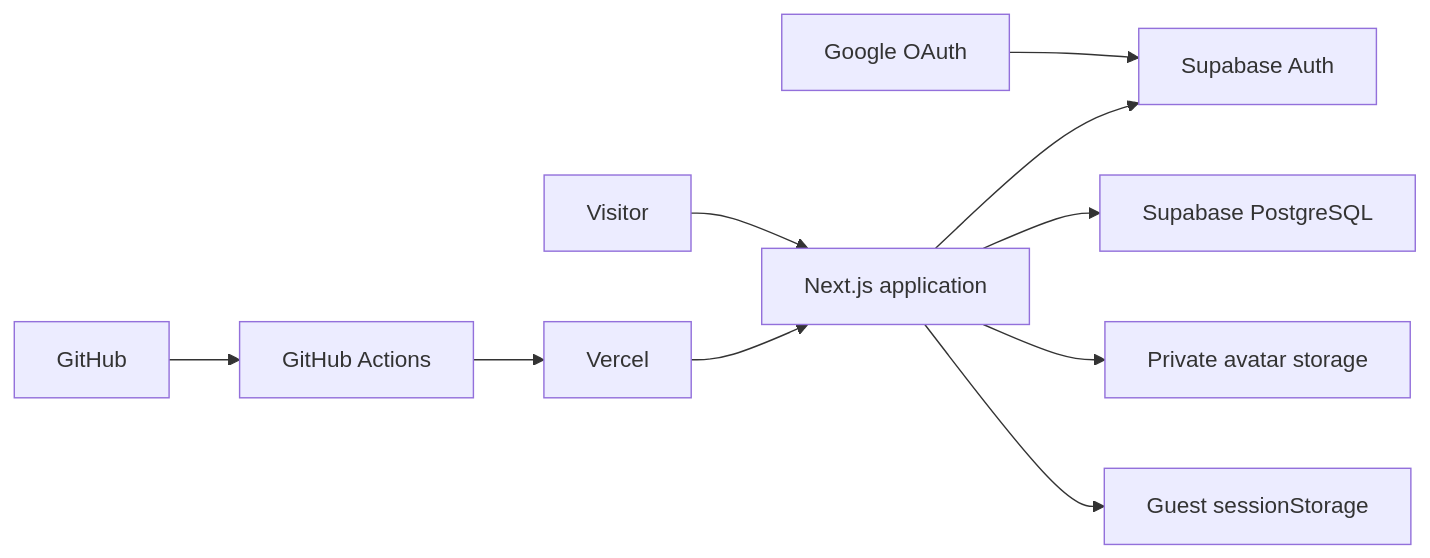
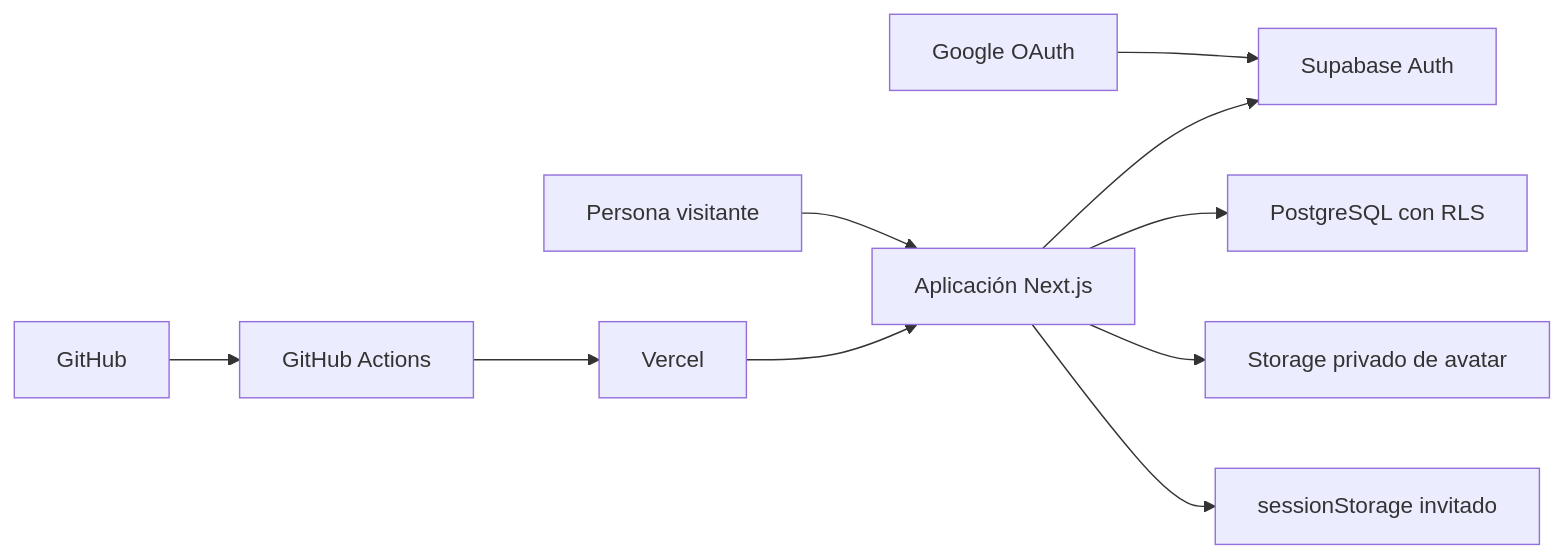
The first of 9 diagrams in docs/TECHNICAL-CASE-STUDY.md (antoniojesusdelgado/management-platform-demo), drawn with Mermaid before and after one commit. The commit also changed other lines of this file and 34 other files, not shown here.

````diff
--- a/docs/TECHNICAL-CASE-STUDY.md
+++ b/docs/TECHNICAL-CASE-STUDY.md
@@ -42,12 +53,12 @@
 ```mermaid
 flowchart LR
-  visitor["Visitor"] --> web["Next.js application"]
+  visitor["Persona visitante"] --> web["Aplicación Next.js"]
   google["Google OAuth"] --> auth["Supabase Auth"]
   web --> auth
-  web --> db["Supabase PostgreSQL"]
-  web --> storage["Private avatar storage"]
-  web --> session["Guest sessionStorage"]
+  web --> db["PostgreSQL con RLS"]
+  web --> storage["Storage privado de avatar"]
+  web --> session["sessionStorage invitado"]
   github["GitHub"] --> ci["GitHub Actions"]
   ci --> vercel["Vercel"]
   vercel --> web
 ```
````
